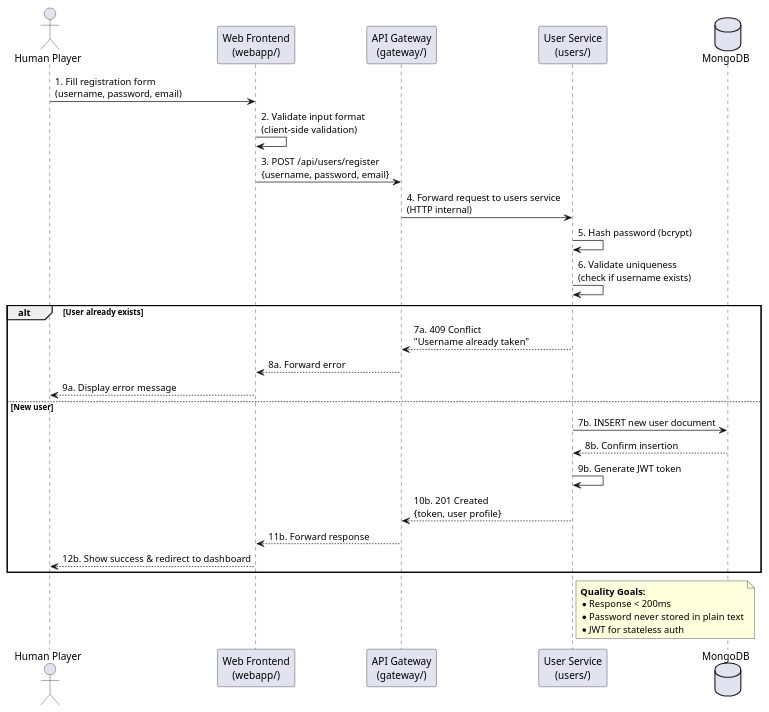
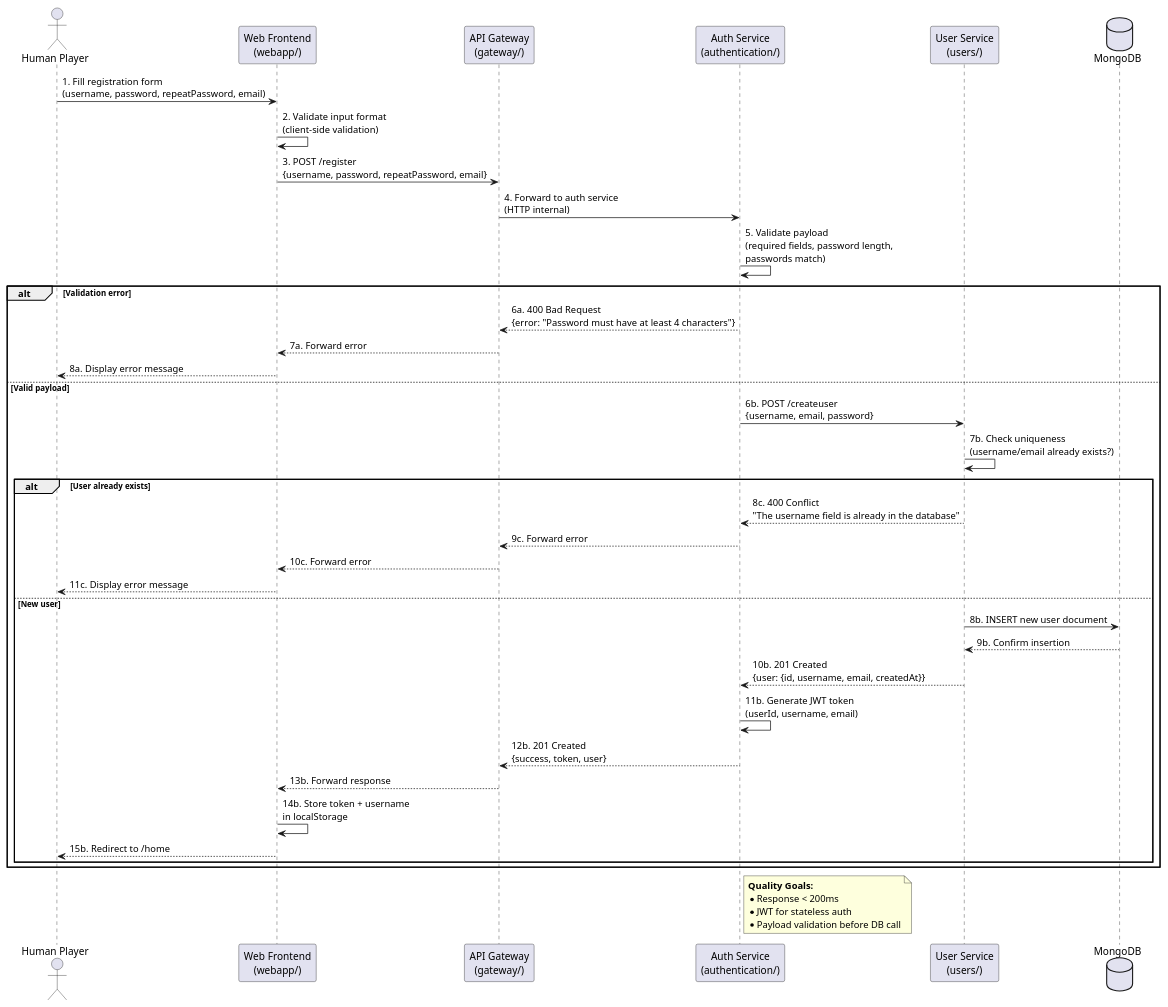
The first of 7 diagrams in docs/src/06_runtime_view.adoc (Arquisoft/yovi_en2c), drawn with PlantUML before and after one commit. The commit also changed other lines of this file, not shown here.

Commit message:
Rewrite Scenario 1 to include the Authentication Service as an intermediate participant between gateway and users service. Add Scenario 4.4 for expired/invalid JWT token handling and correct game result route to /gameresult.

```diff
--- a/docs/src/06_runtime_view.adoc
+++ b/docs/src/06_runtime_view.adoc
@@ -19,40 +19,52 @@
 [plantuml,"User Registration Sequence",png]
 ----
 @startuml
 actor "Human Player" as User
 participant "Web Frontend\n(webapp/)" as Webapp
 participant "API Gateway\n(gateway/)" as Gateway
+participant "Auth Service\n(authentication/)" as Auth
 participant "User Service\n(users/)" as Users
 database "MongoDB" as DB
 
-User -> Webapp: 1. Fill registration form\n(username, password, email)
+User -> Webapp: 1. Fill registration form\n(username, password, repeatPassword, email)
 Webapp -> Webapp: 2. Validate input format\n(client-side validation)
 
-Webapp -> Gateway: 3. POST /api/users/register\n{username, password, email}
-Gateway -> Users: 4. Forward request to users service\n(HTTP internal)
+Webapp -> Gateway: 3. POST /register\n{username, password, repeatPassword, email}
+Gateway -> Auth: 4. Forward to auth service\n(HTTP internal)
 
-Users -> Users: 5. Hash password (bcrypt)
-Users -> Users: 6. Validate uniqueness\n(check if username exists)
+Auth -> Auth: 5. Validate payload\n(required fields, password length,\npasswords match)
 
-alt User already exists
-    Users --> Gateway: 7a. 409 Conflict\n"Username already taken"
-    Gateway --> Webapp: 8a. Forward error
-    Webapp --> User: 9a. Display error message
-else New user
-    Users -> DB: 7b. INSERT new user document
-    DB --> Users: 8b. Confirm insertion
+alt Validation error
+    Auth --> Gateway: 6a. 400 Bad Request\n{error: "Password must have at least 4 characters"}
+    Gateway --> Webapp: 7a. Forward error
+    Webapp --> User: 8a. Display error message
+else Valid payload
+    Auth -> Users: 6b. POST /createuser\n{username, email, password}
+    Users -> Users: 7b. Check uniqueness\n(username/email already exists?)
 
-    Users -> Users: 9b. Generate JWT token
-    Users --> Gateway: 10b. 201 Created\n{token, user profile}
-    Gateway --> Webapp: 11b. Forward response
-    Webapp --> User: 12b. Show success & redirect to dashboard
+    alt User already exists
+        Users --> Auth: 8c. 400 Conflict\n"The username field is already in the database"
+        Auth --> Gateway: 9c. Forward error
+        Gateway --> Webapp: 10c. Forward error
+        Webapp --> User: 11c. Display error message
+    else New user
+        Users -> DB: 8b. INSERT new user document
+        DB --> Users: 9b. Confirm insertion
+        Users --> Auth: 10b. 201 Created\n{user: {id, username, email, createdAt}}
+
+        Auth -> Auth: 11b. Generate JWT token\n(userId, username, email)
+        Auth --> Gateway: 12b. 201 Created\n{success, token, user}
+        Gateway --> Webapp: 13b. Forward response
+        Webapp -> Webapp: 14b. Store token + username\nin localStorage
+        Webapp --> User: 15b. Redirect to /home
+    end
 end
 
-note right of Users
+note right of Auth
   **Quality Goals:**
   * Response < 200ms
-  * Password never stored in plain text
   * JWT for stateless auth
+  * Payload validation before DB call
 end note
 @enduml
 ----
```
